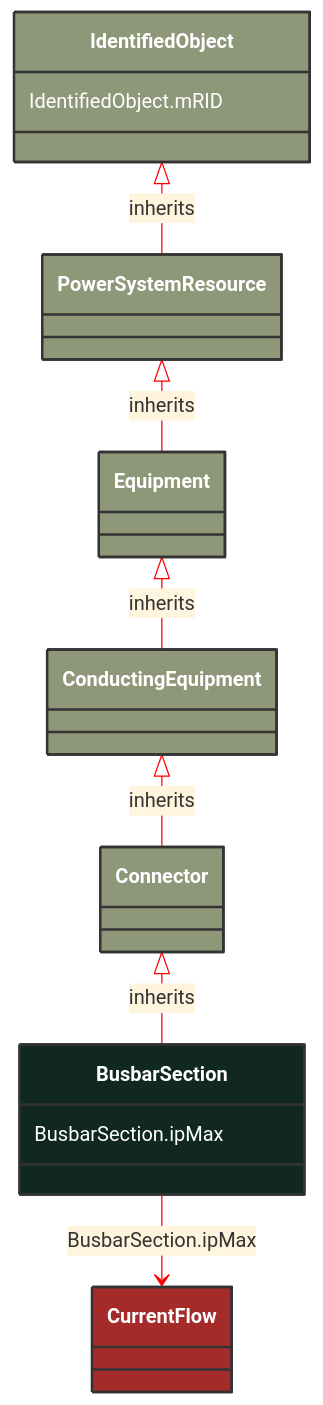
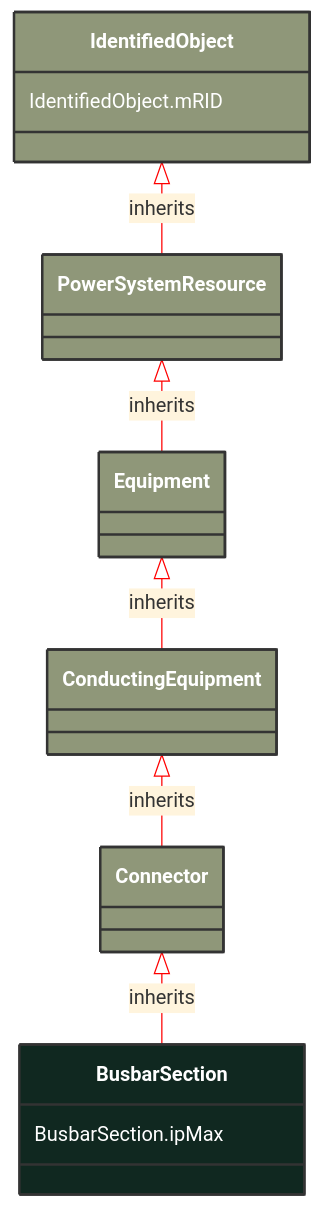
The diagram in docs/Models/Profiles/ShortCircuit/ConcreteClasses/BusbarSection.md (3lbits/NoCIMExtensions), drawn with Mermaid before and after one commit. The commit also changed other lines of this file and 397 other files, not shown here.

First line of the commit message:
Refactor CIM schemas to introduce abstract classes and consolidate data types

````diff
--- a/docs/Models/Profiles/ShortCircuit/ConcreteClasses/BusbarSection.md
+++ b/docs/Models/Profiles/ShortCircuit/ConcreteClasses/BusbarSection.md
@@ -9,37 +9,32 @@
 ```mermaid
 %%{init: {'theme':'base','themeVariables': {'lineColor': '#FF0000'}}}%%
 classDiagram
     class BusbarSection
     click BusbarSection href "/Models/Profiles/ShortCircuit/ConcreteClasses/BusbarSection/"
     style BusbarSection fill:#102820,stroke:#333,stroke-width:2px,rx:10,ry:10,color:white
      
         Connector <|-- BusbarSection : inherits
-            click Connector href "/Models/Profiles/ShortCircuit/ConcreteClasses/Connector/"
+            click Connector href "/Models/Profiles/ShortCircuit/AbstractClasses/Connector/"
             style Connector fill:#8F9779,stroke:#333,stroke-width:2px,rx:10,ry:10,color:white
      
         ConductingEquipment <|-- Connector : inherits
-            click ConductingEquipment href "/Models/Profiles/ShortCircuit/ConcreteClasses/ConductingEquipment/"
+            click ConductingEquipment href "/Models/Profiles/ShortCircuit/AbstractClasses/ConductingEquipment/"
             style ConductingEquipment fill:#8F9779,stroke:#333,stroke-width:2px,rx:10,ry:10,color:white
      
         Equipment <|-- ConductingEquipment : inherits
-            click Equipment href "/Models/Profiles/ShortCircuit/ConcreteClasses/Equipment/"
+            click Equipment href "/Models/Profiles/ShortCircuit/AbstractClasses/Equipment/"
             style Equipment fill:#8F9779,stroke:#333,stroke-width:2px,rx:10,ry:10,color:white
      
         PowerSystemResource <|-- Equipment : inherits
-            click PowerSystemResource href "/Models/Profiles/ShortCircuit/ConcreteClasses/PowerSystemResource/"
+            click PowerSystemResource href "/Models/Profiles/ShortCircuit/AbstractClasses/PowerSystemResource/"
             style PowerSystemResource fill:#8F9779,stroke:#333,stroke-width:2px,rx:10,ry:10,color:white
      
         IdentifiedObject <|-- PowerSystemResource : inherits
-            click IdentifiedObject href "/Models/Profiles/ShortCircuit/ConcreteClasses/IdentifiedObject/"
+            click IdentifiedObject href "/Models/Profiles/ShortCircuit/AbstractClasses/IdentifiedObject/"
             style IdentifiedObject fill:#8F9779,stroke:#333,stroke-width:2px,rx:10,ry:10,color:white
 
-        BusbarSection --> CurrentFlow : BusbarSection.ipMax
-
-        CurrentFlow
-            click CurrentFlow href "/Models/Profiles/ShortCircuit/ConcreteClasses/CurrentFlow/"
-            style CurrentFlow fill:#A52A2A,stroke:#333,stroke-width:2px,rx:10,ry:10,color:white
 
 
         BusbarSection : BusbarSection.ipMax
         IdentifiedObject : IdentifiedObject.mRID
 ```
````
